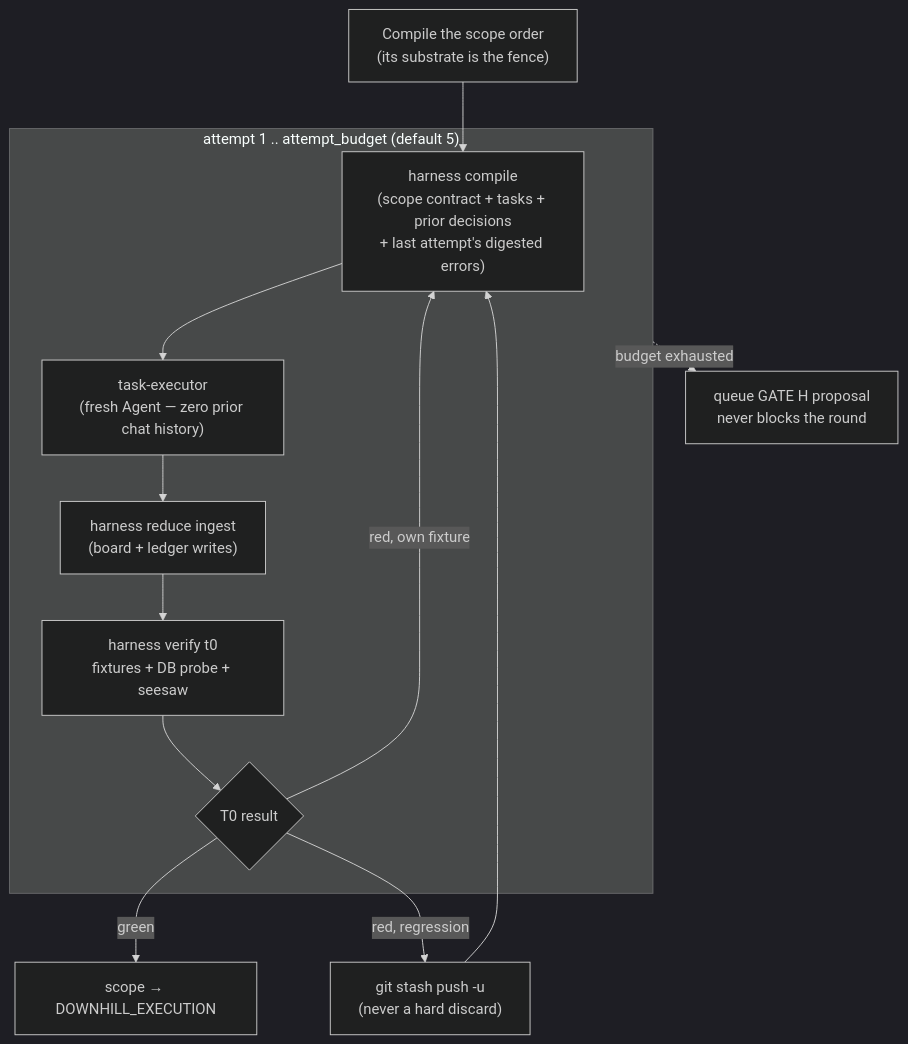
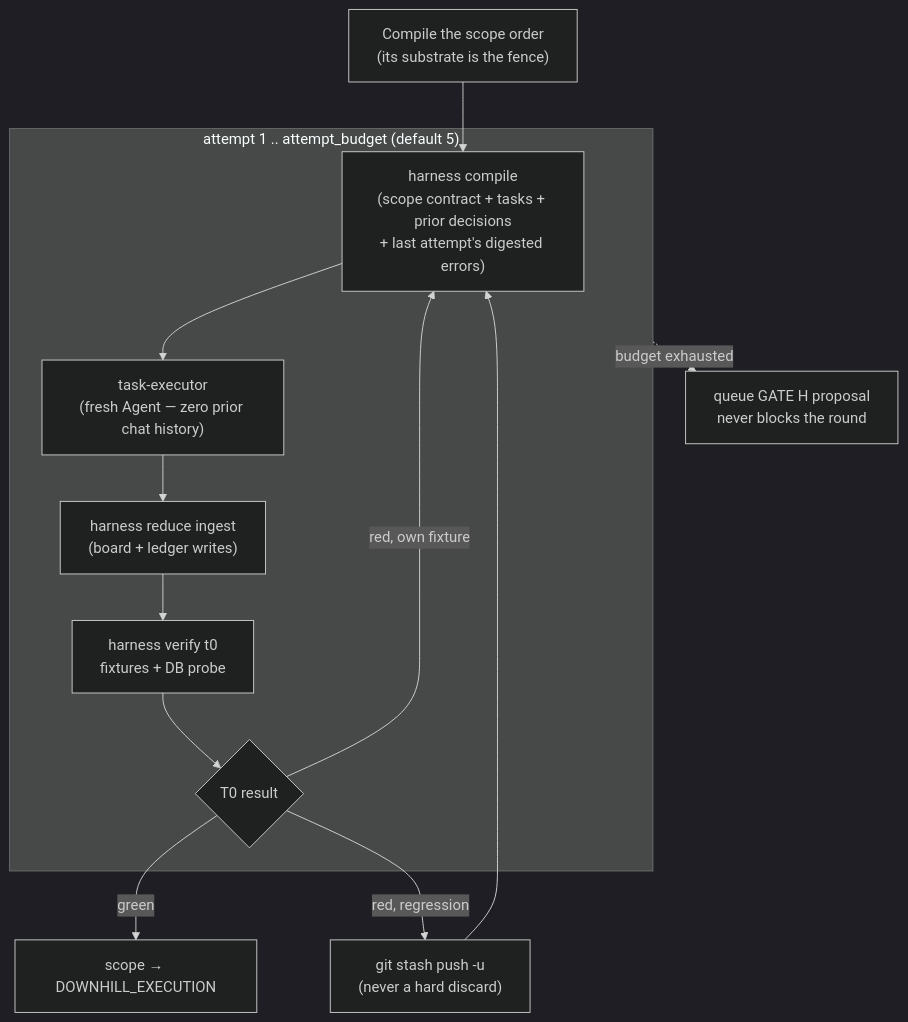
Before and after one commit to nguyenvanphituoc/shapeup-sdlc-plugin: the diagram in docs/design/04-functional-design.md, drawn with Mermaid (dark theme). The commit also changed other lines of this file and 41 other files, not shown here.

````diff
--- a/docs/design/04-functional-design.md
+++ b/docs/design/04-functional-design.md
@@ -28,14 +28,14 @@
 ```mermaid
 flowchart TD
     S0["Compile the scope order\n(its substrate is the fence)"] --> A1
     subgraph LOOP["attempt 1 .. attempt_budget (default 5)"]
       A1["harness compile\n(scope contract + tasks + prior decisions\n+ last attempt's digested errors)"] --> A2["task-executor\n(fresh Agent — zero prior chat history)"]
       A2 --> A3["harness reduce ingest\n(board + ledger writes)"]
-      A3 --> A6["harness verify t0\nfixtures + DB probe + seesaw"]
+      A3 --> A6["harness verify t0\nfixtures + DB probe"]
       A6 --> A7{"T0 result"}
     end
     A7 -- green --> DONE["scope → DOWNHILL_EXECUTION"]
     A7 -- "red, regression" --> STASH["git stash push -u\n(never a hard discard)"] --> A1
     A7 -- "red, own fixture" --> A1
     LOOP -. budget exhausted .-> HAMMER["queue GATE H proposal\nnever blocks the round"]
 ```
````
